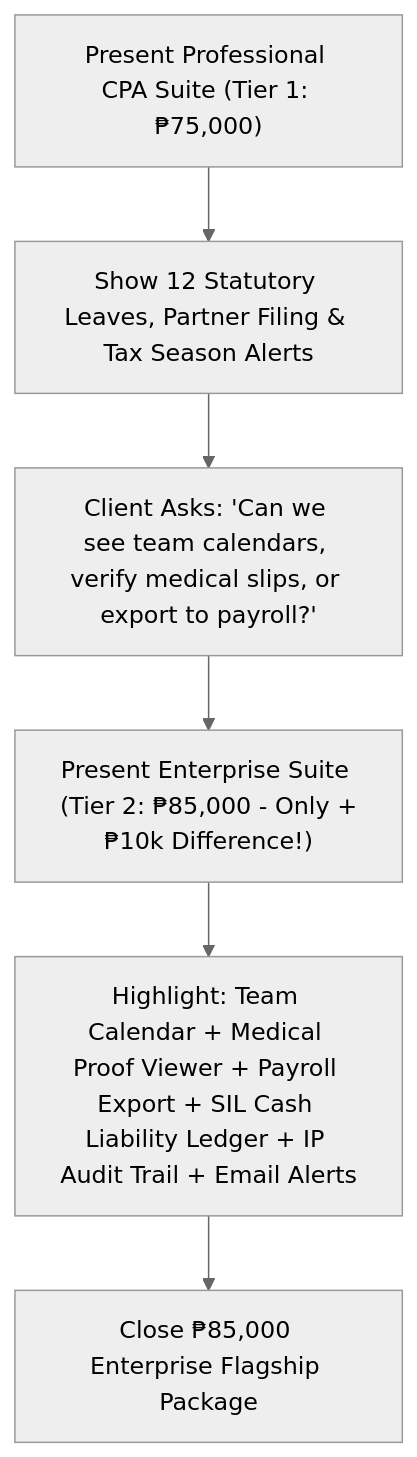
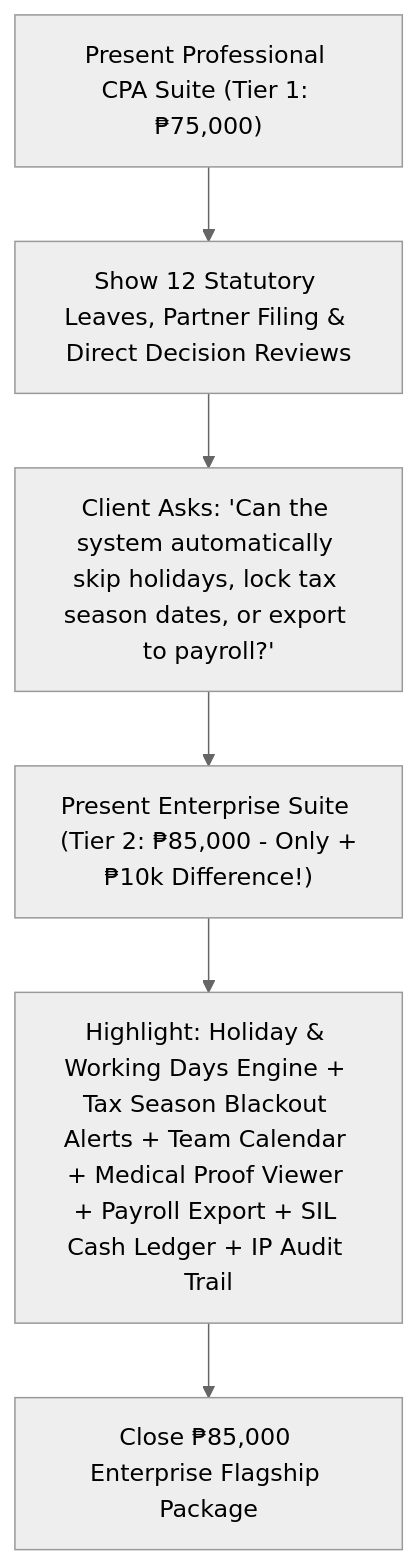
One commit to ggaaiiaaaaaa/leave-management changed the diagram in PROPOSAL_TIERS.md. Above: the diagram before and after it, drawn with Mermaid (neutral theme). The commit also changed other lines of this file and 5 other files, not shown here.

Commit message:
Remove holiday working days calculation and tax season banner from live system and move to 85k enterprise upsell tier

````diff
--- a/PROPOSAL_TIERS.md
+++ b/PROPOSAL_TIERS.md
@@ -71,8 +71,8 @@
 ```mermaid
 graph TD
-    A["Present Professional CPA Suite (Tier 1: ₱75,000)"] --> B["Show 12 Statutory Leaves, Partner Filing & Tax Season Alerts"]
-    B --> C["Client Asks: 'Can we see team calendars, verify medical slips, or export to payroll?'"]
+    A["Present Professional CPA Suite (Tier 1: ₱75,000)"] --> B["Show 12 Statutory Leaves, Partner Filing & Direct Decision Reviews"]
+    B --> C["Client Asks: 'Can the system automatically skip holidays, lock tax season dates, or export to payroll?'"]
     C --> D["Present Enterprise Suite (Tier 2: ₱85,000 - Only +₱10k Difference!)"]
-    D --> E["Highlight: Team Calendar + Medical Proof Viewer + Payroll Export + SIL Cash Liability Ledger + IP Audit Trail + Email Alerts"]
+    D --> E["Highlight: Holiday & Working Days Engine + Tax Season Blackout Alerts + Team Calendar + Medical Proof Viewer + Payroll Export + SIL Cash Ledger + IP Audit Trail"]
     E --> F["Close ₱85,000 Enterprise Flagship Package"]
 ```
````
